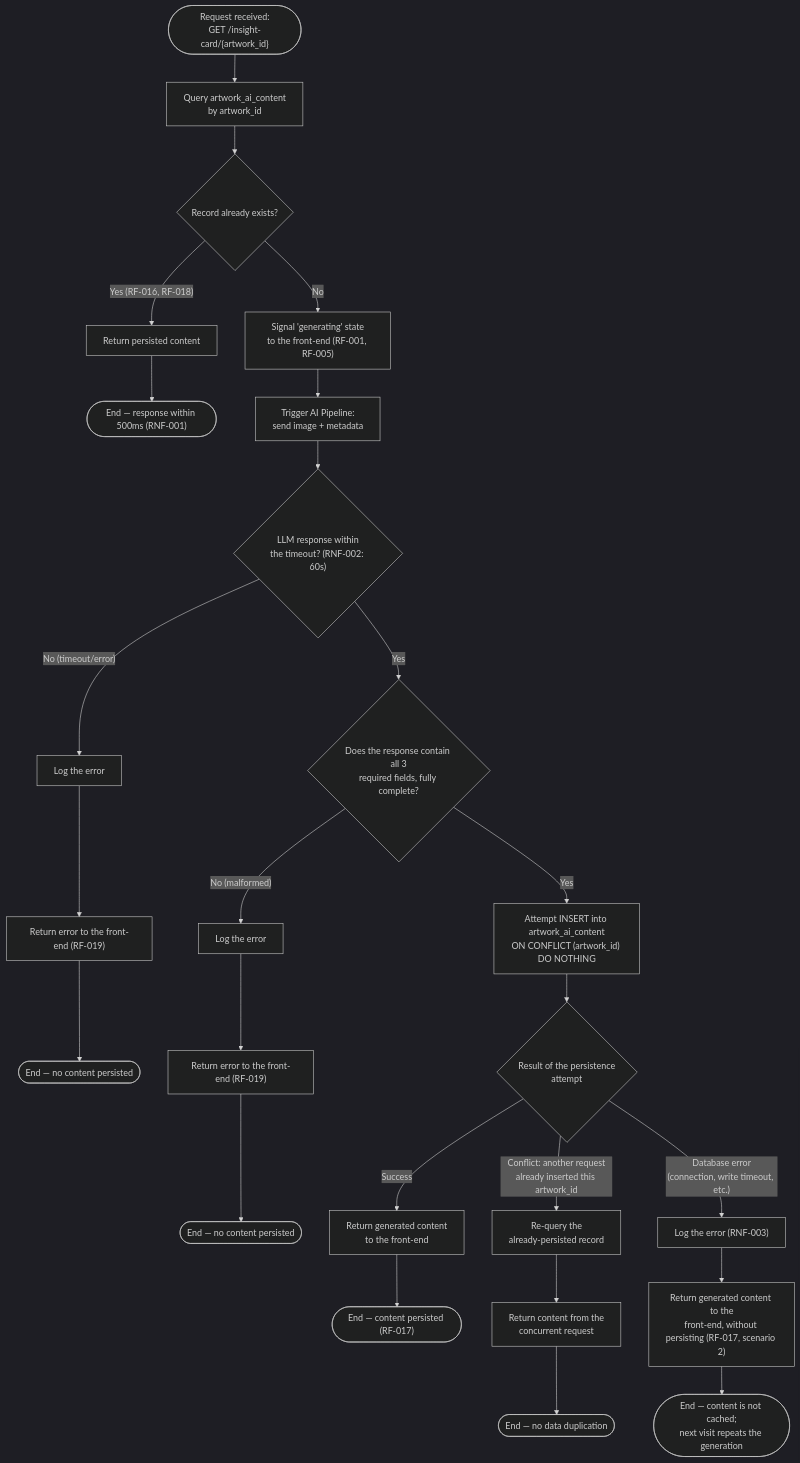
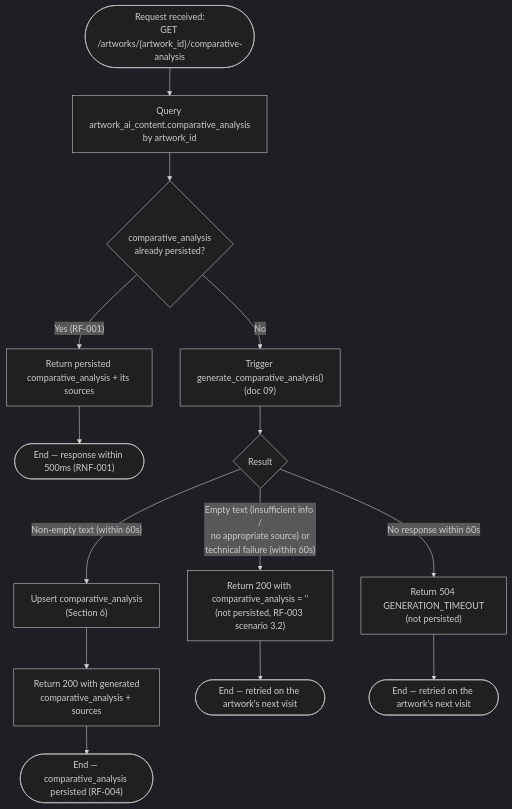
One commit to Jeferson-Filho/Art-Archive-Front-AI changed the second of 4 diagrams in documentation/specs/06-persistence-flow.md. Above: the diagram before and after it, drawn with Mermaid (dark theme). The commit also changed other lines of this file and 10 other files, not shown here.

````diff
--- a/documentation/specs/06-persistence-flow.md
+++ b/documentation/specs/06-persistence-flow.md
@@ -20,39 +76,21 @@
 ```mermaid
 flowchart TD
-    Start(["Request received:<br/>GET /insight-card/{artwork_id}"]) --> CheckDB["Query artwork_ai_content<br/>by artwork_id"]
+    CStart(["Request received:<br/>GET /artworks/{artwork_id}/comparative-analysis"]) --> CCheckDB["Query artwork_ai_content.comparative_analysis<br/>by artwork_id"]
 
-    CheckDB --> Exists{"Record already exists?"}
+    CCheckDB --> CExists{"comparative_analysis<br/>already persisted?"}
+    CExists -- "Yes (RF-001)" --> CFromDB["Return persisted comparative_analysis + its sources"]
+    CFromDB --> CEndCached(["End — response within 500ms (RNF-001)"])
 
-    Exists -- "Yes (RF-016, RF-018)" --> ReturnCached["Return persisted content"]
-    ReturnCached --> EndCached(["End — response within 500ms (RNF-001)"])
+    CExists -- No --> CTrigger["Trigger generate_comparative_analysis()<br/>(doc 09)"]
+    CTrigger --> CResult{"Result"}
 
-    Exists -- "No" --> LoadingState["Signal 'generating' state<br/>to the front-end (RF-001, RF-005)"]
-    LoadingState --> CallPipeline["Trigger AI Pipeline:<br/>send image + metadata"]
+    CResult -- "Non-empty text (within 60s)" --> CPersist["Upsert comparative_analysis<br/>(Section 6)"]
+    CPersist --> CReturnGenerated["Return 200 with generated<br/>comparative_analysis + sources"]
+    CReturnGenerated --> CEndSuccess(["End — comparative_analysis persisted (RF-004)"])
 
-    CallPipeline --> LLMWait{"LLM response within<br/>the timeout? (RNF-002: 60s)"}
+    CResult -- "Empty text (insufficient info /<br/>no appropriate source) or<br/>technical failure (within 60s)" --> CEmpty["Return 200 with comparative_analysis = ''<br/>(not persisted, RF-003 scenario 3.2)"]
+    CEmpty --> CEndEmpty(["End — retried on the artwork's next visit"])
 
-    LLMWait -- "No (timeout/error)" --> LogTimeout["Log the error"]
-    LogTimeout --> ReturnErrorA["Return error to the front-end (RF-019)"]
-    ReturnErrorA --> EndErrorA(["End — no content persisted"])
-
-    LLMWait -- Yes --> Validate{"Does the response contain all 3<br/>required fields, fully complete?"}
-
-    Validate -- "No (malformed)" --> LogMalformed["Log the error"]
-    LogMalformed --> ReturnErrorB["Return error to the front-end (RF-019)"]
-    ReturnErrorB --> EndErrorB(["End — no content persisted"])
-
-    Validate -- Yes --> AttemptInsert["Attempt INSERT into artwork_ai_content<br/>ON CONFLICT (artwork_id) DO NOTHING"]
-
-    AttemptInsert --> InsertResult{"Result of the persistence<br/>attempt"}
-
-    InsertResult -- "Success" --> ReturnGenerated["Return generated content<br/>to the front-end"]
-    ReturnGenerated --> EndSuccess(["End — content persisted (RF-017)"])
-
-    InsertResult -- "Conflict: another request<br/>already inserted this artwork_id" --> Refetch["Re-query the<br/>already-persisted record"]
-    Refetch --> ReturnConcurrent["Return content from the<br/>concurrent request"]
-    ReturnConcurrent --> EndConcurrent(["End — no data duplication"])
-
-    InsertResult -- "Database error<br/>(connection, write timeout, etc.)" --> LogDbError["Log the error (RNF-003)"]
-    LogDbError --> ReturnNoPersist["Return generated content to the<br/>front-end, without persisting (RF-017, scenario 2)"]
-    ReturnNoPersist --> EndDbError(["End — content is not cached;<br/>next visit repeats the generation"])
+    CResult -- "No response within 60s" --> CTimeout["Return 504 GENERATION_TIMEOUT<br/>(not persisted)"]
+    CTimeout --> CEndTimeout(["End — retried on the artwork's next visit"])
 ```
````
